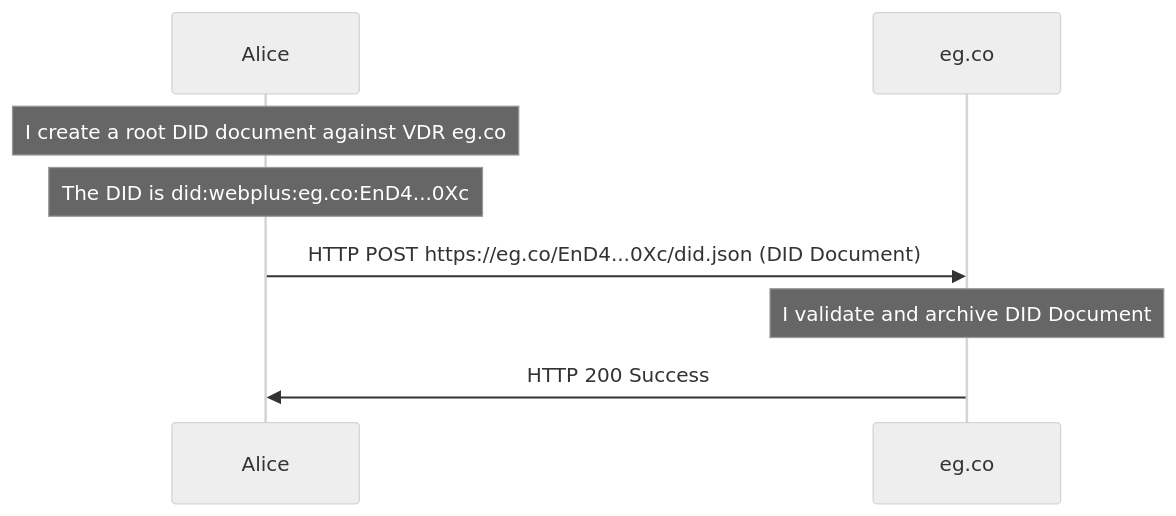
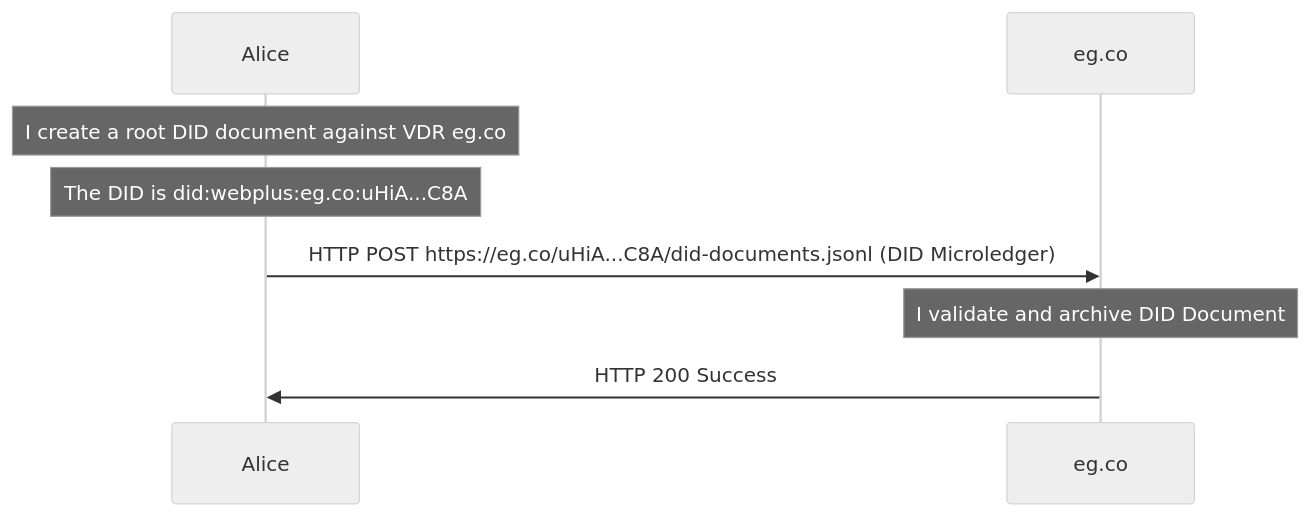
Before and after one commit to LedgerDomain/did-webplus-spec: the first of 26 diagrams in spec.md, drawn with Mermaid (neutral theme). The commit also changed other lines of this file and 3 other files, not shown here.

````diff
--- a/spec.md
+++ b/spec.md
@@ -283,8 +243,8 @@
 ```mermaid
 sequenceDiagram
     Note over Alice: I create a root DID document against VDR eg.co
-    Note over Alice: The DID is did:webplus:eg.co:EnD4...0Xc
-    Alice->>eg.co: HTTP POST https://eg.co/EnD4...0Xc/did.json (DID Document)
+    Note over Alice: The DID is did:webplus:eg.co:uHiA...C8A
+    Alice->>eg.co: HTTP POST https://eg.co/uHiA...C8A/did-documents.jsonl (DID Microledger)
     Note over eg.co: I validate and archive DID Document
     eg.co->>Alice: HTTP 200 Success
 ```
````
